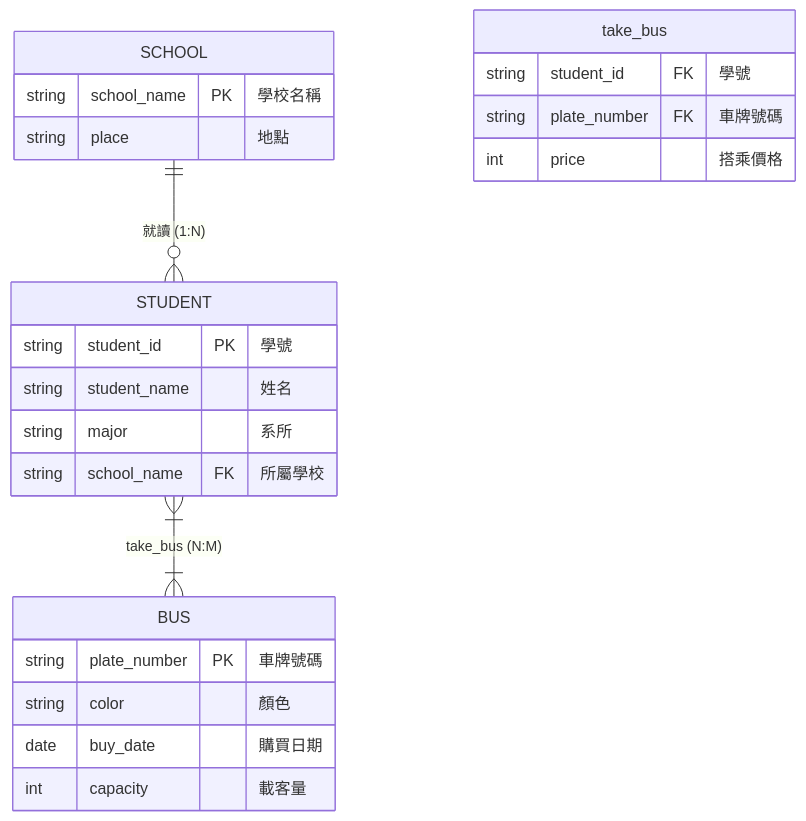
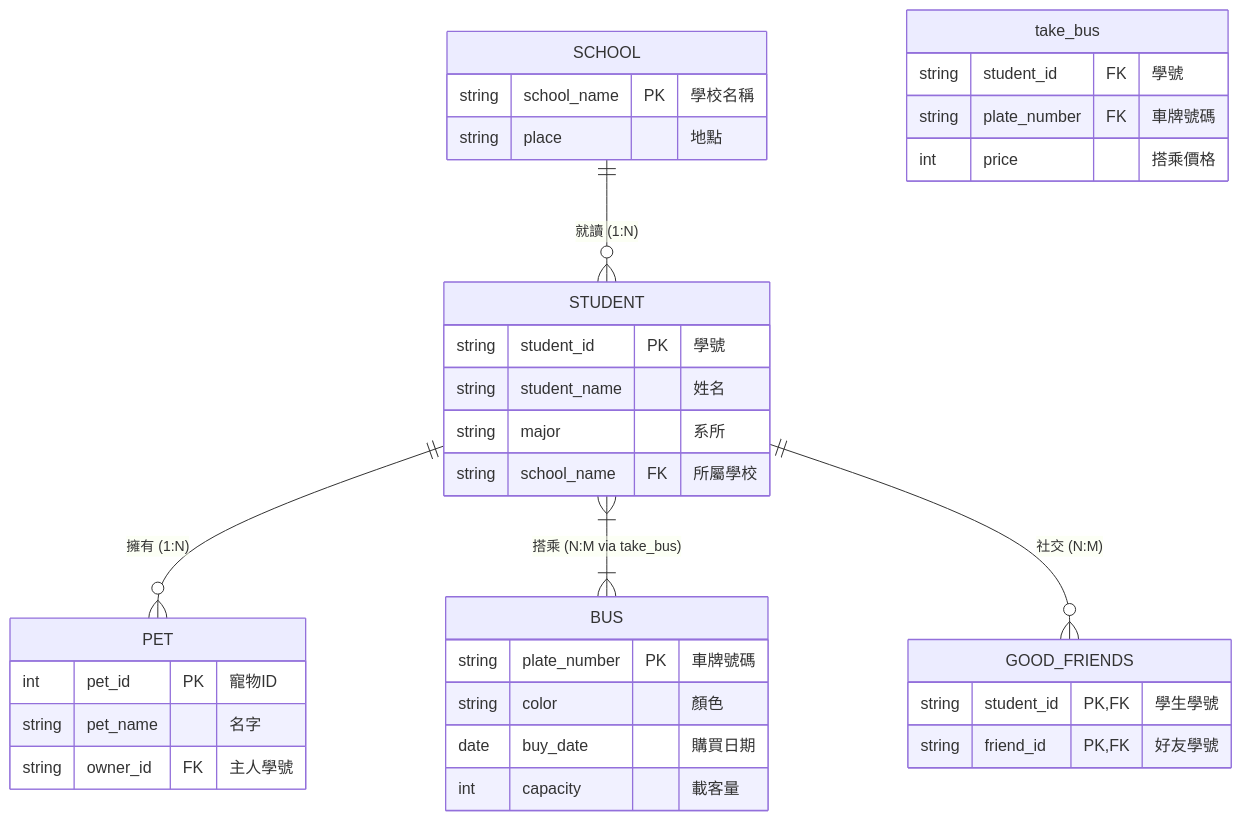
Before and after one commit to Liao941202/Liao.github.io: the diagram in README.md, drawn with Mermaid. The commit also changed other lines of this file, not shown here.

````diff
--- a/README.md
+++ b/README.md
@@ -1,30 +7,43 @@
 ```mermaid
 erDiagram
     SCHOOL ||--o{ STUDENT : "就讀 (1:N)"
-    STUDENT }|--|{ BUS : "take_bus (N:M)"
+    STUDENT ||--o{ PET : "擁有 (1:N)"
+    STUDENT }|--|{ BUS : "搭乘 (N:M via take_bus)"
+    STUDENT ||--o{ GOOD_FRIENDS : "社交 (N:M)"
 
     SCHOOL {
         string school_name PK "學校名稱"
         string place "地點"
     }
 
     STUDENT {
         string student_id PK "學號"
         string student_name "姓名"
         string major "系所"
         string school_name FK "所屬學校"
     }
 
     BUS {
         string plate_number PK "車牌號碼"
         string color "顏色"
         date buy_date "購買日期"
         int capacity "載客量"
     }
 
     take_bus {
         string student_id FK "學號"
         string plate_number FK "車牌號碼"
         int price "搭乘價格"
     }
+
+    PET {
+        int pet_id PK "寵物ID"
+        string pet_name "名字"
+        string owner_id FK "主人學號"
+    }
+
+    GOOD_FRIENDS {
+        string student_id PK,FK "學生學號"
+        string friend_id PK,FK "好友學號"
+    }
 ```
````
